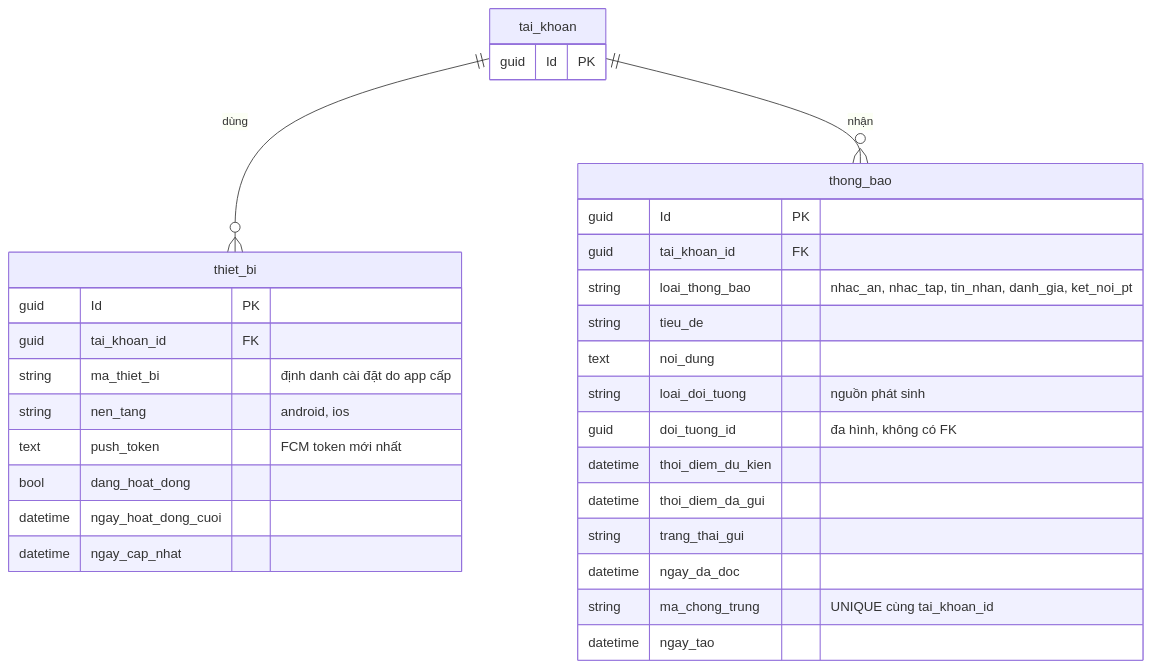
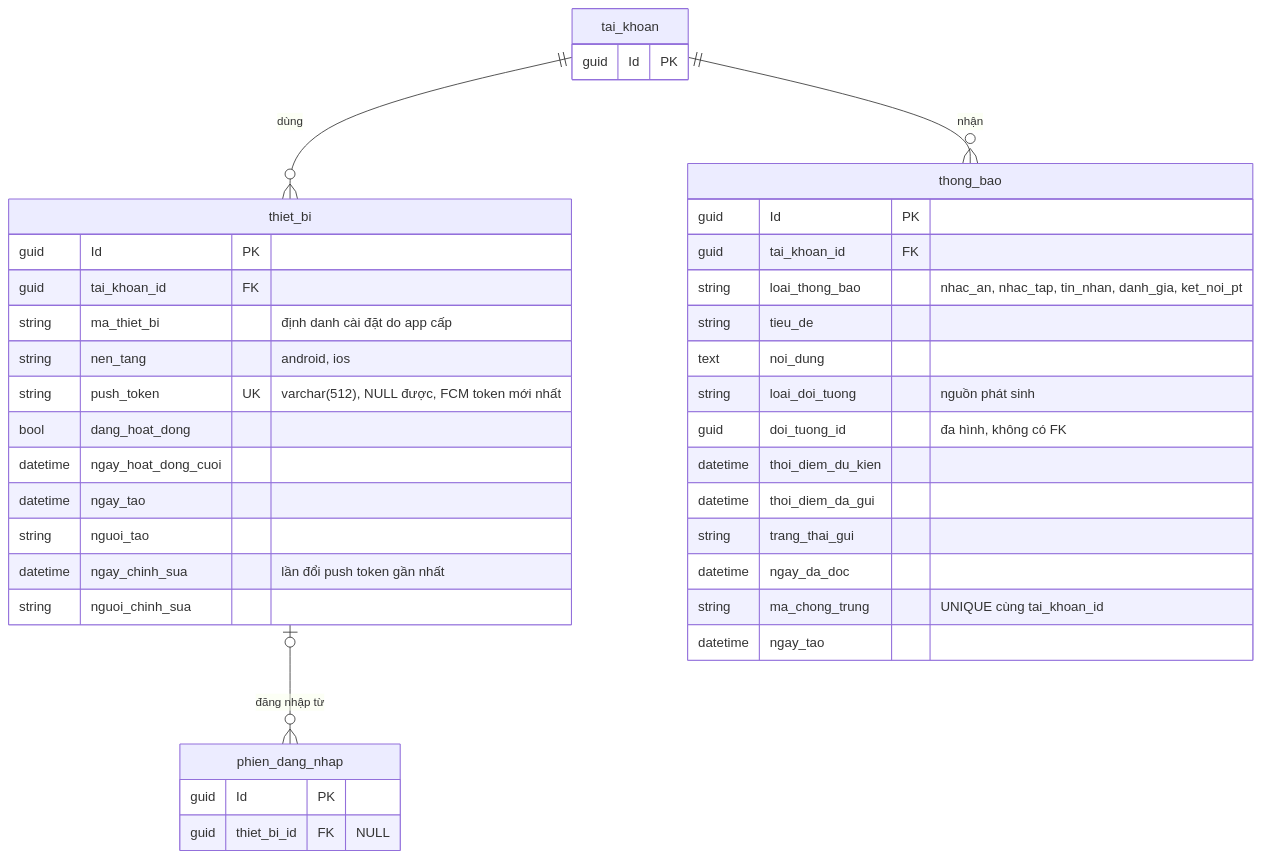
The first of 3 diagrams in database/diagrams/08-thong-bao.md (ngongochuy2003/GymBase), drawn with Mermaid before and after one commit. The commit also changed other lines of this file and 12 other files, not shown here.

````diff
--- a/database/diagrams/08-thong-bao.md
+++ b/database/diagrams/08-thong-bao.md
@@ -6,34 +6,42 @@
 ```mermaid
 erDiagram
     tai_khoan ||--o{ thiet_bi : "dùng"
     tai_khoan ||--o{ thong_bao : "nhận"
+    thiet_bi |o--o{ phien_dang_nhap : "đăng nhập từ"
 
     thiet_bi {
         guid Id PK
         guid tai_khoan_id FK
         string ma_thiet_bi "định danh cài đặt do app cấp"
         string nen_tang "android, ios"
-        text push_token "FCM token mới nhất"
+        string push_token UK "varchar(512), NULL được, FCM token mới nhất"
         bool dang_hoat_dong
         datetime ngay_hoat_dong_cuoi
-        datetime ngay_cap_nhat
+        datetime ngay_tao
+        string nguoi_tao
+        datetime ngay_chinh_sua "lần đổi push token gần nhất"
+        string nguoi_chinh_sua
     }
     thong_bao {
         guid Id PK
         guid tai_khoan_id FK
         string loai_thong_bao "nhac_an, nhac_tap, tin_nhan, danh_gia, ket_noi_pt"
         string tieu_de
         text noi_dung
         string loai_doi_tuong "nguồn phát sinh"
         guid doi_tuong_id "đa hình, không có FK"
         datetime thoi_diem_du_kien
         datetime thoi_diem_da_gui
         string trang_thai_gui
         datetime ngay_da_doc
         string ma_chong_trung "UNIQUE cùng tai_khoan_id"
         datetime ngay_tao
     }
+    phien_dang_nhap {
+        guid Id PK
+        guid thiet_bi_id FK "NULL"
+    }
     tai_khoan {
         guid Id PK
     }
 ```
````
